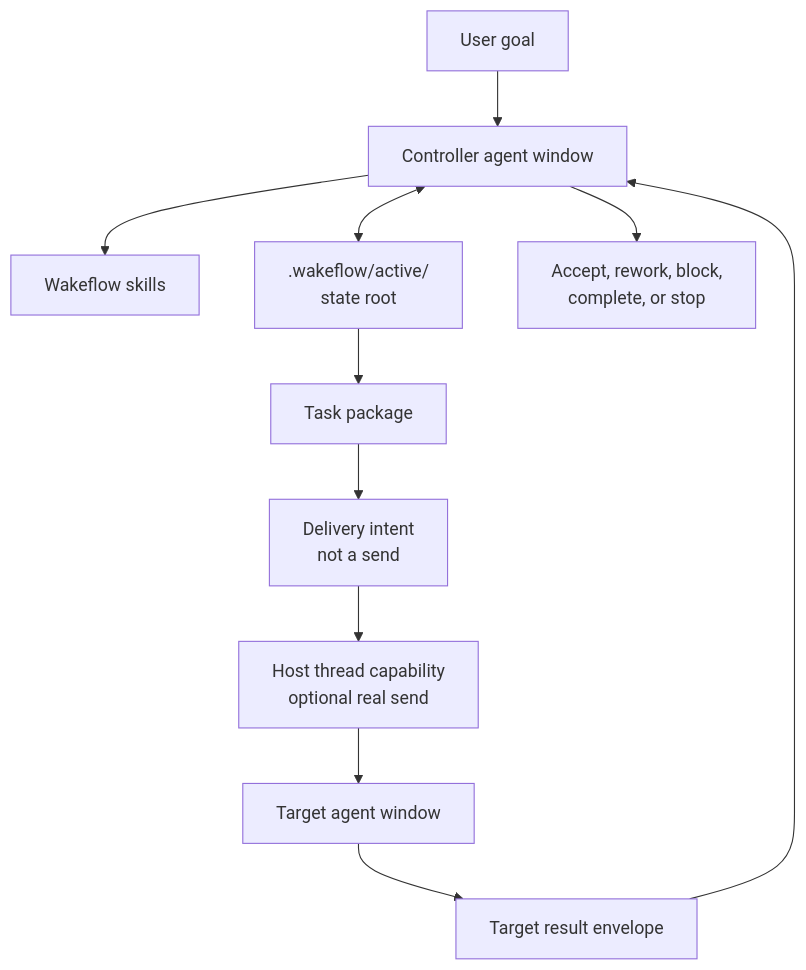
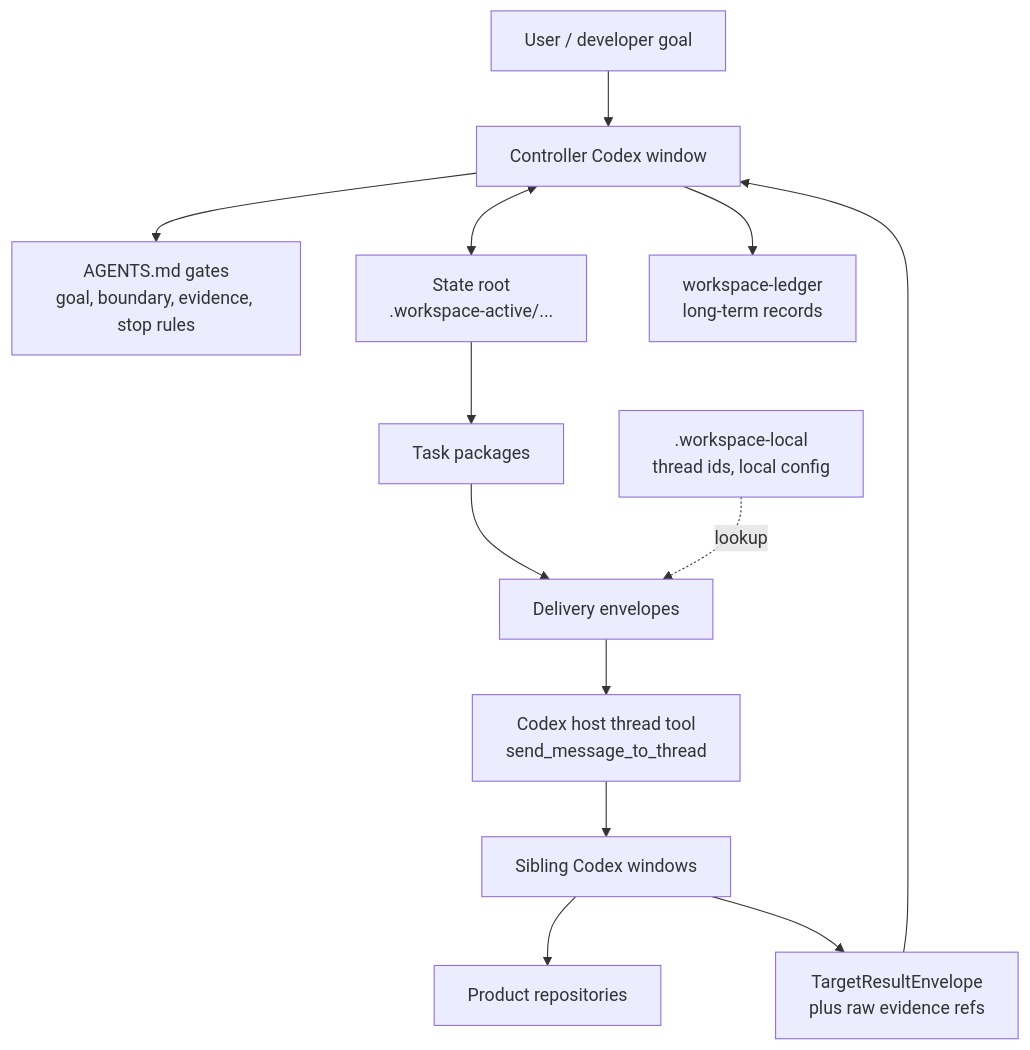
Before and after one commit to GxFn/Wakeflow: the diagram in README.md, drawn with Mermaid. The commit also changed other lines of this file and 111 other files, not shown here.

Commit message:
feat: add wakeflow control workspace runtime

````diff
--- a/README.md
+++ b/README.md
@@ -35,13 +48,15 @@
 ```mermaid
 flowchart TD
-  User["User goal"] --> Controller["Controller agent window"]
-  Controller --> Skill["Wakeflow skills"]
-  Controller <--> State[".wakeflow/active/<demand><br/>state root"]
-  State --> Package["Task package"]
-  Package --> Intent["Delivery intent<br/>not a send"]
-  Intent --> Host["Host thread capability<br/>optional real send"]
-  Host --> Target["Target agent window"]
-  Target --> Result["Target result envelope"]
-  Result --> Controller
-  Controller --> Decision["Accept, rework, block,<br/>complete, or stop"]
+  User["User / developer goal"] --> Controller["Controller Codex window"]
+  Controller --> Gates["AGENTS.md gates<br/>goal, boundary, evidence, stop rules"]
+  Controller <--> StateRoot["State root<br/>.workspace-active/..."]
+  StateRoot --> Packages["Task packages"]
+  Packages --> Envelopes["Delivery envelopes"]
+  Local[".workspace-local<br/>thread ids, local config"] -. "lookup" .-> Envelopes
+  Envelopes --> Host["Codex host thread tool<br/>send_message_to_thread"]
+  Host --> Targets["Sibling Codex windows"]
+  Targets --> Repos["Product repositories"]
+  Targets --> Results["TargetResultEnvelope<br/>plus raw evidence refs"]
+  Results --> Controller
+  Controller --> Ledger["workspace-ledger<br/>long-term records"]
 ```
````
